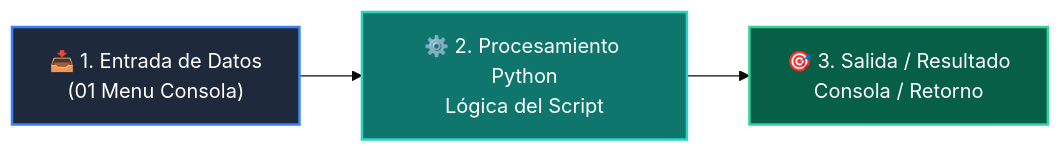
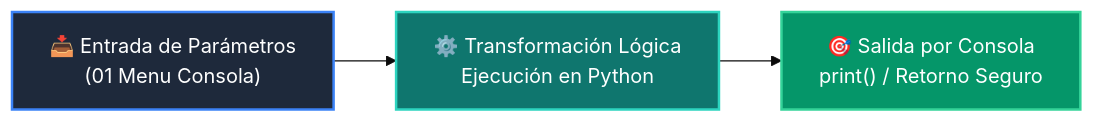
Before and after one commit to wisrovi/wisrovi-python: the diagram in 01-fundamentos-python/clase-08-proyecto-integrador-basico/ejemplos/ejemplo_01_menu_consola/README.md, drawn with Mermaid (base theme). The commit also changed other lines of this file and 226 other files, not shown here.

Commit message:
docs: elevate all repository READMEs to world-class mastery standard with rich pedagogical architecture, custom Mermaids, and professional styling

````diff
--- a/01-fundamentos-python/clase-08-proyecto-integrador-basico/ejemplos/ejemplo_01_menu_consola/README.md
+++ b/01-fundamentos-python/clase-08-proyecto-integrador-basico/ejemplos/ejemplo_01_menu_consola/README.md
@@ -12,9 +19,9 @@
 ```mermaid
 flowchart LR
-    A["📥 1. Entrada de Datos<br/>(01 Menu Consola)"] --> B["⚙️ 2. Procesamiento Python<br/>Lógica del Script"]
-    B --> C["🎯 3. Salida / Resultado<br/>Consola / Retorno"]
+    A["📥 Entrada de Parámetros<br/>(01 Menu Consola)"] --> B["⚙️ Transformación Lógica<br/>Ejecución en Python"]
+    B --> C["🎯 Salida por Consola<br/>print() / Retorno Seguro"]
 
-    style A fill:#1e293b,color:#fff,stroke:#3b82f6,stroke-width:2px
-    style B fill:#0f766e,color:#fff,stroke:#2dd4bf,stroke-width:2px
-    style C fill:#065f46,color:#fff,stroke:#34d399,stroke-width:2px
+    style A fill:#1e293b,color:#ffffff,stroke:#3b82f6,stroke-width:2px
+    style B fill:#0f766e,color:#ffffff,stroke:#2dd4bf,stroke-width:2px
+    style C fill:#059669,color:#ffffff,stroke:#34d399,stroke-width:2px
 ```
````
